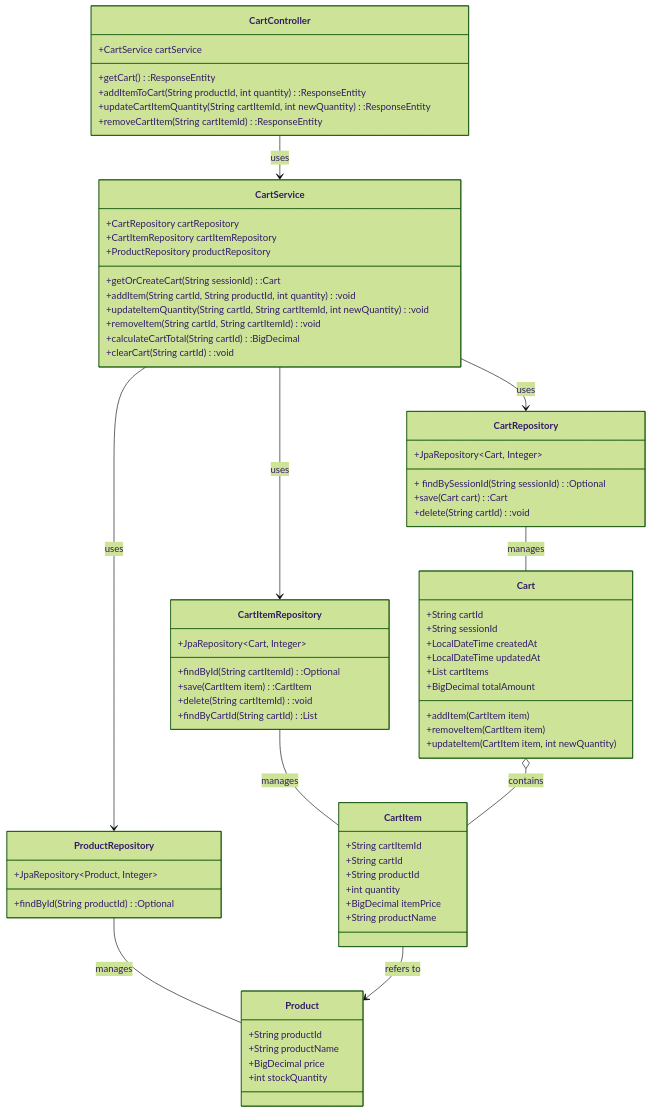
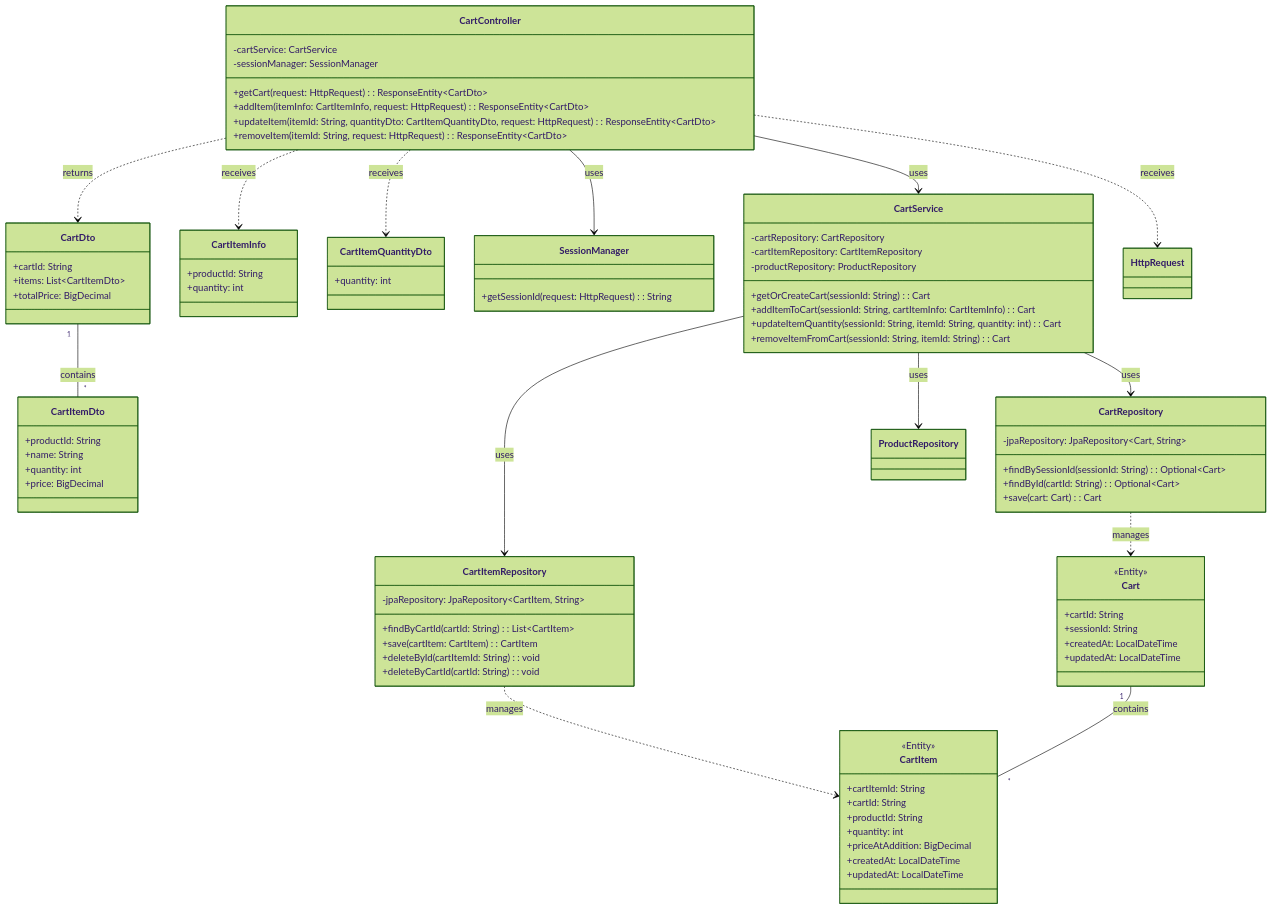
The third of 4 diagrams in 基本設計/はじめに.md (ainaga09/ACE), drawn with Mermaid (forest theme) before and after one commit. The commit also changed other lines of this file and 3 other files, not shown here.

```diff
--- a/基本設計/はじめに.md
+++ b/基本設計/はじめに.md
@@ -186,75 +183,111 @@
 <div class="mermaid">
 classDiagram
-    CartController --> CartService : uses
-    CartService --> CartRepository : uses
-    CartService --> CartItemRepository : uses
-    CartService --> ProductRepository : uses
+ 
+%% === エンティティ ===
+class Cart {
+    <<Entity>>
+    +cartId: String
+    +sessionId: String
+    +createdAt: LocalDateTime
+    +updatedAt: LocalDateTime
+}
+ 
+class CartItem {
+    <<Entity>>
+    +cartItemId: String
+    +cartId: String
+    +productId: String
+    +quantity: int
+    +priceAtAddition: BigDecimal
+    +createdAt: LocalDateTime
+    +updatedAt: LocalDateTime
+}
+ 
 
-    CartRepository -- Cart : manages
-    CartItemRepository -- CartItem : manages
-    ProductRepository -- Product : manages
-
-    Cart o-- CartItem : contains
-    CartItem --> Product : refers to
-
-    class CartController {
-        +CartService cartService
-        +getCart():ResponseEntity<CartDTO> 
-        +addItemToCart(String productId, int quantity):ResponseEntity<CartDTO> 
-        +updateCartItemQuantity(String cartItemId, int newQuantity):ResponseEntity<CartDTO> 
-        +removeCartItem(String cartItemId):ResponseEntity<CartDTO> 
-    }
-    class CartService {
-        +CartRepository cartRepository
-        +CartItemRepository cartItemRepository
-        +ProductRepository productRepository
-        +getOrCreateCart(String sessionId):Cart 
-        +addItem(String cartId, String productId, int quantity):void 
-        +updateItemQuantity(String cartId, String cartItemId, int newQuantity):void 
-        +removeItem(String cartId, String cartItemId):void 
-        +calculateCartTotal(String cartId):BigDecimal 
-        +clearCart(String cartId):void 
-    }
-    class CartRepository {
-        +JpaRepository~Cart, Integer~
-        + findBySessionId(String sessionId):Optional<Cart>
-        +save(Cart cart):Cart 
-        +delete(String cartId):void 
-    }
-    class CartItemRepository {
-        +JpaRepository~Cart, Integer~
-        +findById(String cartItemId):Optional<CartItem> 
-        +save(CartItem item):CartItem 
-        +delete(String cartItemId):void 
-        +findByCartId(String cartId):List<CartItem> 
-    }
-    class ProductRepository {
-        +JpaRepository~Product, Integer~
-        +findById(String productId):Optional<Product> 
-    }
-    class Cart {
-        +String cartId
-        +String sessionId
-        +LocalDateTime createdAt
-        +LocalDateTime updatedAt
-        +List<CartItem> cartItems
-        +BigDecimal totalAmount
-        +addItem(CartItem item)
-        +removeItem(CartItem item)
-        +updateItem(CartItem item, int newQuantity)
-    }
-    class CartItem {
-        +String cartItemId
-        +String cartId
-        +String productId
-        +int quantity
-        +BigDecimal itemPrice
-        +String productName
-    }
-    class Product {
-        +String productId
-        +String productName
-        +BigDecimal price
-        +int stockQuantity
-    }
+%% === DTO / 入力モデル ===
+class CartDto {
+    +cartId: String
+    +items: List~CartItemDto~
+    +totalPrice: BigDecimal
+}
+ 
+class CartItemDto {
+    +productId: String
+    +name: String
+    +quantity: int
+    +price: BigDecimal
+}
+ 
+class CartItemInfo {
+    +productId: String
+    +quantity: int
+}
+ 
+class CartItemQuantityDto {
+    +quantity: int
+}
+ 
+%% === コントローラ層 ===
+class CartController {
+    -cartService: CartService
+    -sessionManager: SessionManager
+    +getCart(request: HttpRequest): ResponseEntity~CartDto~ 
+    +addItem(itemInfo: CartItemInfo, request: HttpRequest): ResponseEntity~CartDto~
+    +updateItem(itemId: String, quantityDto: CartItemQuantityDto, request: HttpRequest): ResponseEntity~CartDto~
+    +removeItem(itemId: String, request: HttpRequest): ResponseEntity~CartDto~
+}
+ 
+class SessionManager {
+    +getSessionId(request: HttpRequest): String
+}
+ 
+%% === サービス層 ===
+class CartService {
+    -cartRepository: CartRepository
+    -cartItemRepository: CartItemRepository
+    -productRepository: ProductRepository
+    +getOrCreateCart(sessionId: String): Cart
+    +addItemToCart(sessionId: String, cartItemInfo: CartItemInfo): Cart
+    +updateItemQuantity(sessionId: String, itemId: String, quantity: int): Cart
+    +removeItemFromCart(sessionId: String, itemId: String): Cart
+}
+ 
+%% === Repository層 ===
+class CartRepository {
+    -jpaRepository: JpaRepository~Cart, String~
+    +findBySessionId(sessionId: String): Optional~Cart~
+    +findById(cartId: String): Optional~Cart~
+    +save(cart: Cart): Cart
+}
+ 
+class CartItemRepository {
+    -jpaRepository: JpaRepository~CartItem, String~
+    +findByCartId(cartId: String): List~CartItem~
+    +save(cartItem: CartItem): CartItem
+    +deleteById(cartItemId: String): void
+    +deleteByCartId(cartId: String): void
+}
+ 
+ 
+ 
+%% === 関係 ===
+CartController --> SessionManager : uses
+CartController --> CartService : uses
+CartController ..> CartDto : returns
+CartController ..> CartItemInfo : receives
+CartController ..> CartItemQuantityDto : receives
+CartController ..> HttpRequest : receives
+ 
+CartService --> CartRepository : uses
+CartService --> CartItemRepository : uses
+CartService --> ProductRepository : uses
+ 
+CartRepository ..> Cart : manages
+CartItemRepository ..> CartItem : manages
+ 
+ 
+Cart "1" -- "*" CartItem : contains
+CartDto "1" -- "*" CartItemDto : contains
+ 
+ 
 </div>
```
